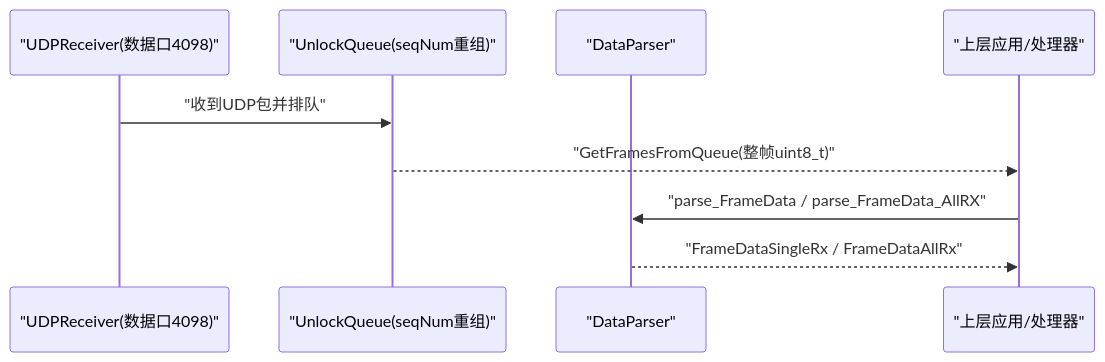
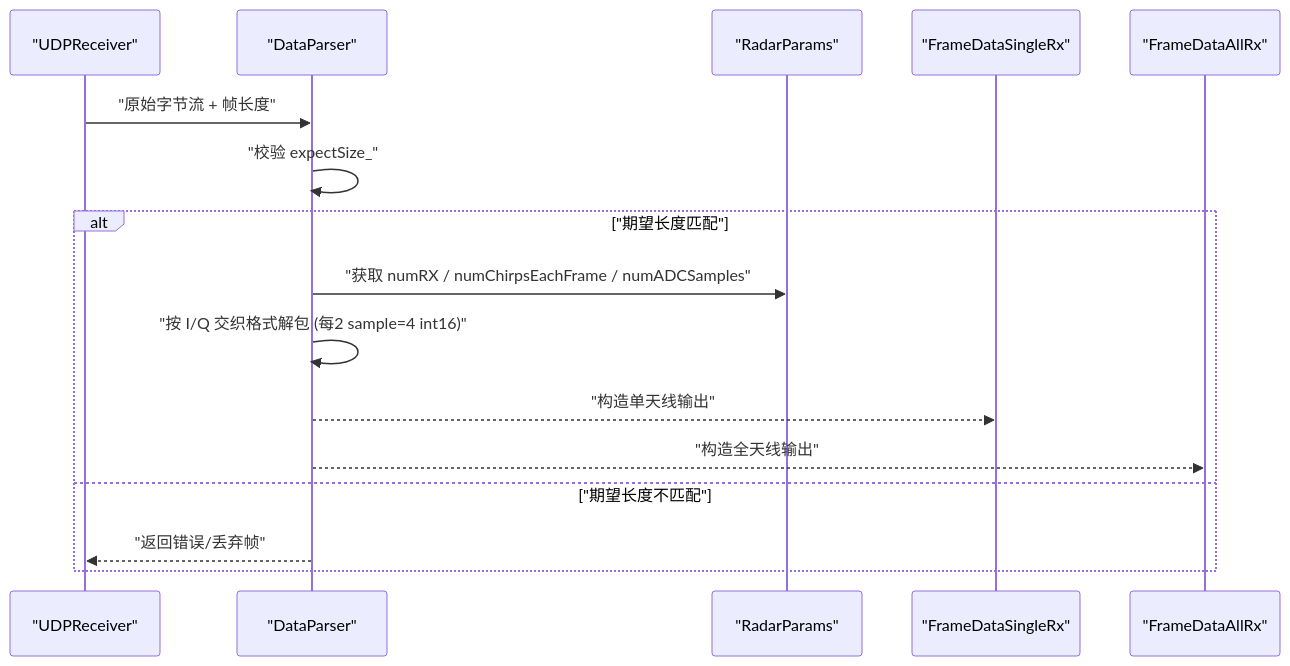
Before and after one commit to Lukad77/awr1843-radar-toolkit: the second of 7 diagrams in .qoder/repowiki/zh/content/网络数据链路与解析/雷达数据解析.md, drawn with Mermaid. The commit also changed other lines of this file and 106 other files, not shown here.

````diff
--- a/.qoder/repowiki/zh/content/网络数据链路与解析/雷达数据解析.md
+++ b/.qoder/repowiki/zh/content/网络数据链路与解析/雷达数据解析.md
@@ -78,11 +80,18 @@
 ```mermaid
 sequenceDiagram
-participant RX as "UDPReceiver(数据口4098)"
-participant Q as "UnlockQueue(seqNum重组)"
+participant RX as "UDPReceiver"
 participant P as "DataParser"
-participant APP as "上层应用/处理器"
-RX->>Q : "收到UDP包并排队"
-Q-->>APP : "GetFramesFromQueue(整帧uint8_t)"
-APP->>P : "parse_FrameData / parse_FrameData_AllRX"
-P-->>APP : "FrameDataSingleRx / FrameDataAllRx"
+participant R as "RadarParams"
+participant O1 as "FrameDataSingleRx"
+participant O2 as "FrameDataAllRx"
+RX->>P : "原始字节流 + 帧长度"
+P->>P : "校验 expectSize_"
+alt "期望长度匹配"
+P->>R : "获取 numRX / numChirpsEachFrame / numADCSamples"
+P->>P : "按 I/Q 交织格式解包 (每2 sample=4 int16)"
+P-->>O1 : "构造单天线输出"
+P-->>O2 : "构造全天线输出"
+else "期望长度不匹配"
+P-->>RX : "返回错误/丢弃帧"
+end
 ```
````
